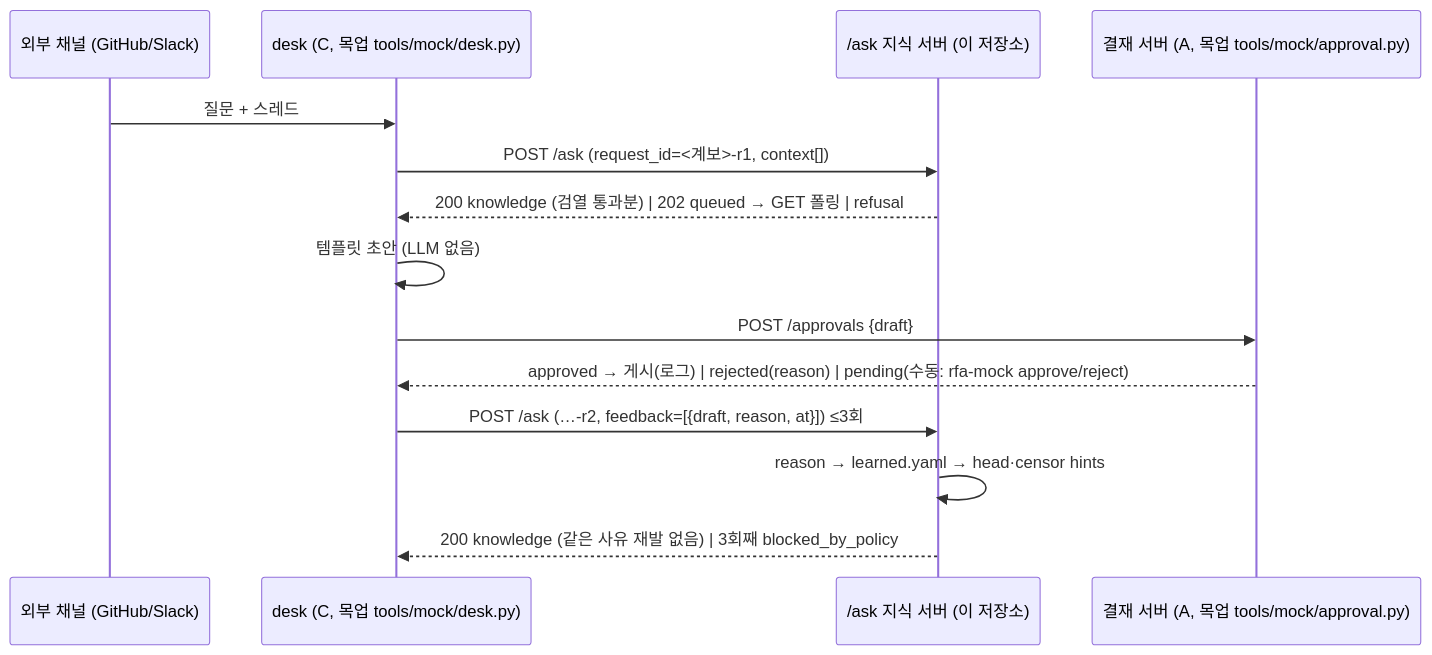
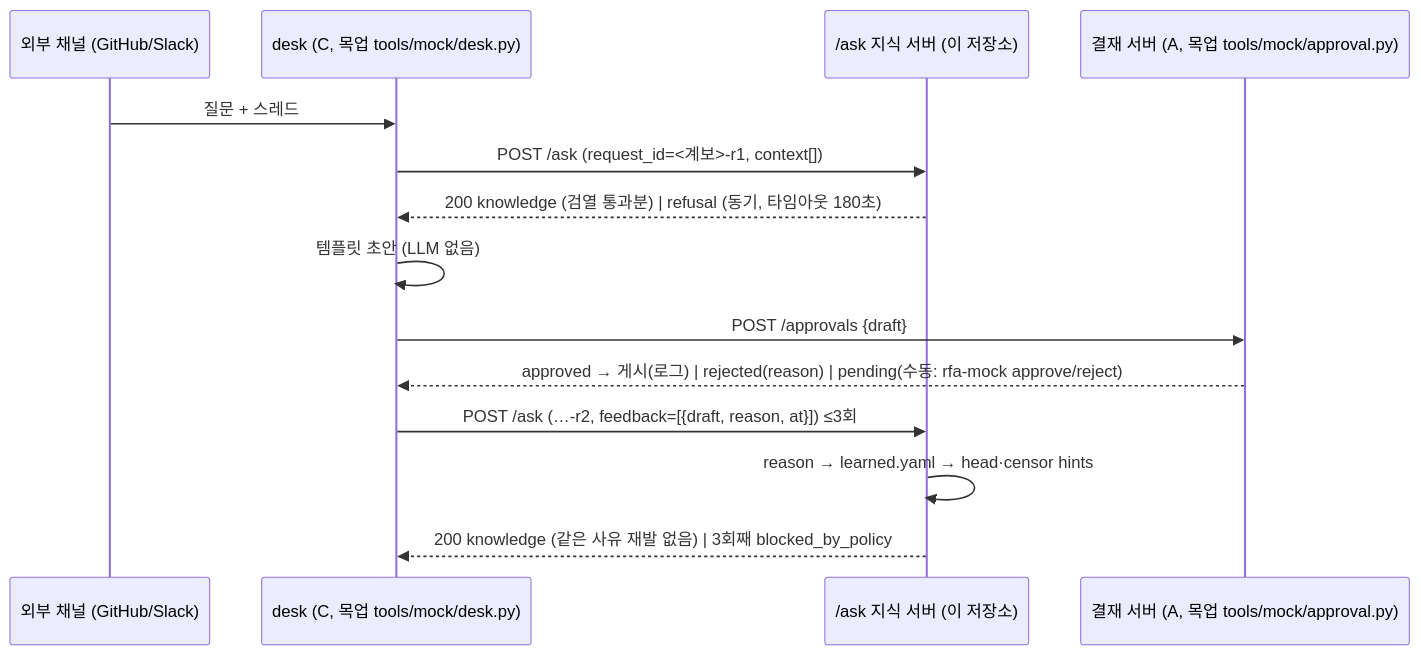
Before and after one commit to SoCAlumni/RFA_mas: the sixth of 18 diagrams in docs/ARCHITECTURE_WORKFLOWS.md, drawn with Mermaid. The commit also changed other lines of this file and 20 other files, not shown here.

````diff
--- a/docs/ARCHITECTURE_WORKFLOWS.md
+++ b/docs/ARCHITECTURE_WORKFLOWS.md
@@ -260,16 +258,16 @@
 ```mermaid
 sequenceDiagram
     participant CH as 외부 채널 (GitHub/Slack)
     participant DESK as desk (C, 목업 tools/mock/desk.py)
     participant ASK as /ask 지식 서버 (이 저장소)
     participant APR as 결재 서버 (A, 목업 tools/mock/approval.py)
     CH->>DESK: 질문 + 스레드
     DESK->>ASK: POST /ask (request_id=<계보>-r1, context[])
-    ASK-->>DESK: 200 knowledge (검열 통과분) | 202 queued → GET 폴링 | refusal
+    ASK-->>DESK: 200 knowledge (검열 통과분) | refusal (동기, 타임아웃 180초)
     DESK->>DESK: 템플릿 초안 (LLM 없음)
     DESK->>APR: POST /approvals {draft}
     APR-->>DESK: approved → 게시(로그) | rejected(reason) | pending(수동: rfa-mock approve/reject)
     DESK->>ASK: POST /ask (…-r2, feedback=[{draft, reason, at}])  ≤3회
     ASK->>ASK: reason → learned.yaml → head·censor hints
     ASK-->>DESK: 200 knowledge (같은 사유 재발 없음) | 3회째 blocked_by_policy
 ```
````
